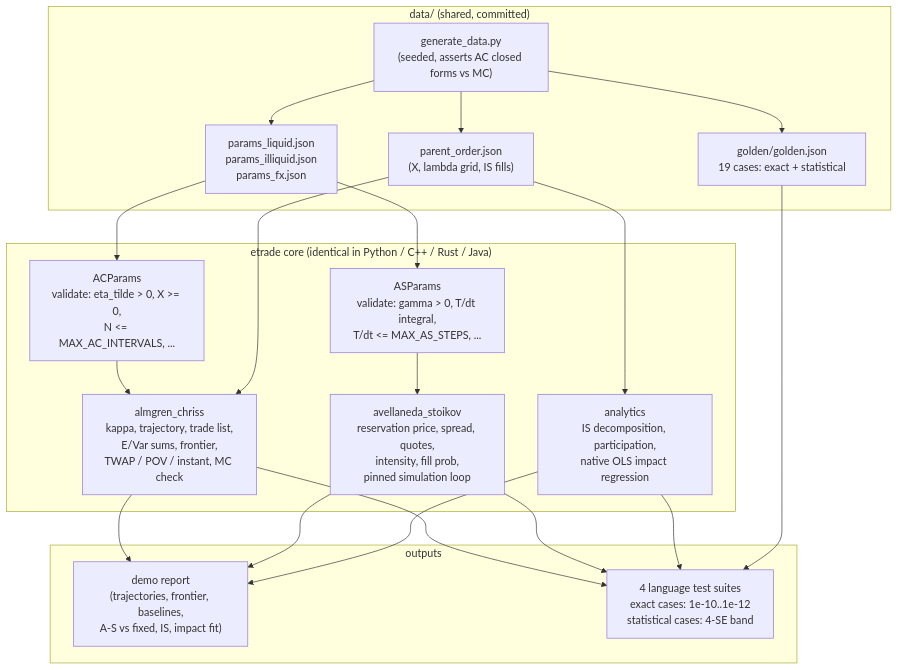
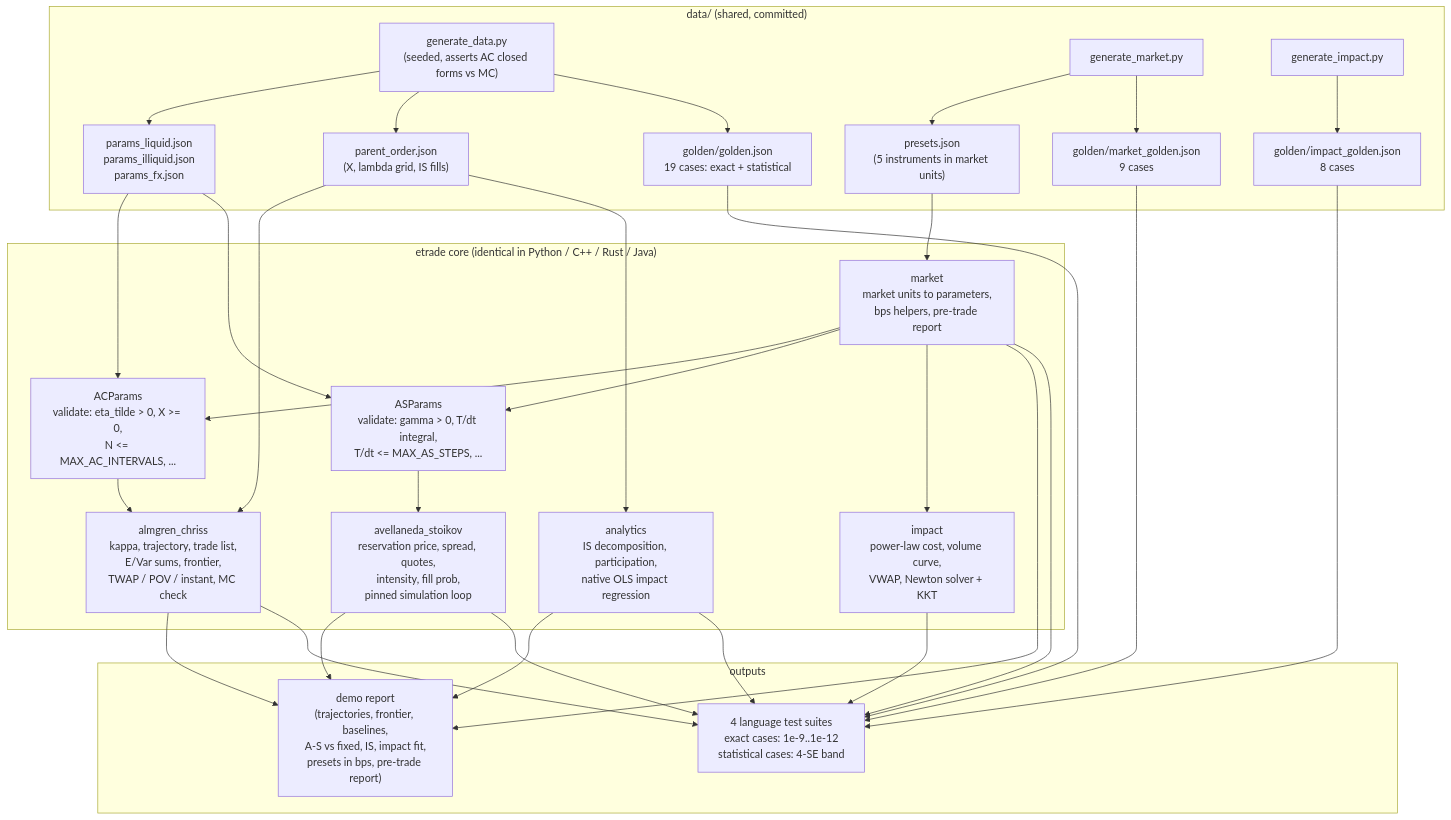
One commit to AshJha0/electronic-trading changed the diagram in docs/diagrams/data_flow.mmd. Above: the diagram before and after it, drawn with Mermaid. The commit also changed 19 other files, not shown here.

```diff
--- a/docs/diagrams/data_flow.mmd
+++ b/docs/diagrams/data_flow.mmd
@@ -1,38 +1,57 @@
 flowchart TB
     subgraph DATA["data/ (shared, committed)"]
         PJ["params_liquid.json<br/>params_illiquid.json<br/>params_fx.json"]
         PO["parent_order.json<br/>(X, lambda grid, IS fills)"]
+        PR["presets.json<br/>(5 instruments in market units)"]
         GEN["generate_data.py<br/>(seeded, asserts AC closed forms vs MC)"]
+        GENM["generate_market.py"]
+        GENI["generate_impact.py"]
         GOLD["golden/golden.json<br/>19 cases: exact + statistical"]
+        GOLDM["golden/market_golden.json<br/>9 cases"]
+        GOLDI["golden/impact_golden.json<br/>8 cases"]
         GEN --> PJ
         GEN --> PO
         GEN --> GOLD
+        GENM --> PR
+        GENM --> GOLDM
+        GENI --> GOLDI
     end
 
     subgraph CORE["etrade core (identical in Python / C++ / Rust / Java)"]
         ACP["ACParams<br/>validate: eta_tilde > 0, X >= 0,<br/>N <= MAX_AC_INTERVALS, ..."]
         AC["almgren_chriss<br/>kappa, trajectory, trade list,<br/>E/Var sums, frontier,<br/>TWAP / POV / instant, MC check"]
         ASP["ASParams<br/>validate: gamma > 0, T/dt integral,<br/>T/dt <= MAX_AS_STEPS, ..."]
         AS["avellaneda_stoikov<br/>reservation price, spread, quotes,<br/>intensity, fill prob,<br/>pinned simulation loop"]
         AN["analytics<br/>IS decomposition, participation,<br/>native OLS impact regression"]
+        IM["impact<br/>power-law cost, volume curve,<br/>VWAP, Newton solver + KKT"]
+        MK["market<br/>market units to parameters,<br/>bps helpers, pre-trade report"]
         ACP --> AC
         ASP --> AS
+        MK --> ACP
+        MK --> ASP
+        MK --> IM
     end
 
     PJ --> ACP
     PJ --> ASP
     PO --> AC
     PO --> AN
+    PR --> MK
 
     subgraph OUT["outputs"]
-        DEMO["demo report<br/>(trajectories, frontier, baselines,<br/>A-S vs fixed, IS, impact fit)"]
-        TESTS["4 language test suites<br/>exact cases: 1e-10..1e-12<br/>statistical cases: 4-SE band"]
+        DEMO["demo report<br/>(trajectories, frontier, baselines,<br/>A-S vs fixed, IS, impact fit,<br/>presets in bps, pre-trade report)"]
+        TESTS["4 language test suites<br/>exact cases: 1e-9..1e-12<br/>statistical cases: 4-SE band"]
     end
 
     AC --> DEMO
     AS --> DEMO
     AN --> DEMO
+    MK --> DEMO
     AC --> TESTS
     AS --> TESTS
     AN --> TESTS
+    IM --> TESTS
+    MK --> TESTS
     GOLD --> TESTS
+    GOLDM --> TESTS
+    GOLDI --> TESTS
```
